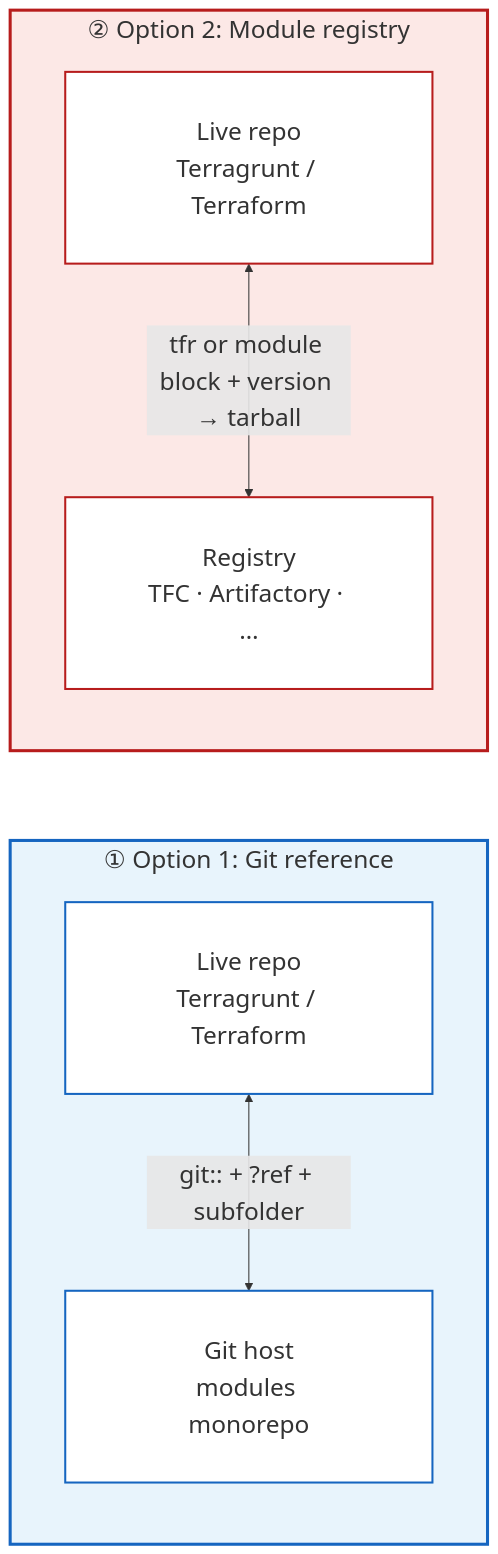
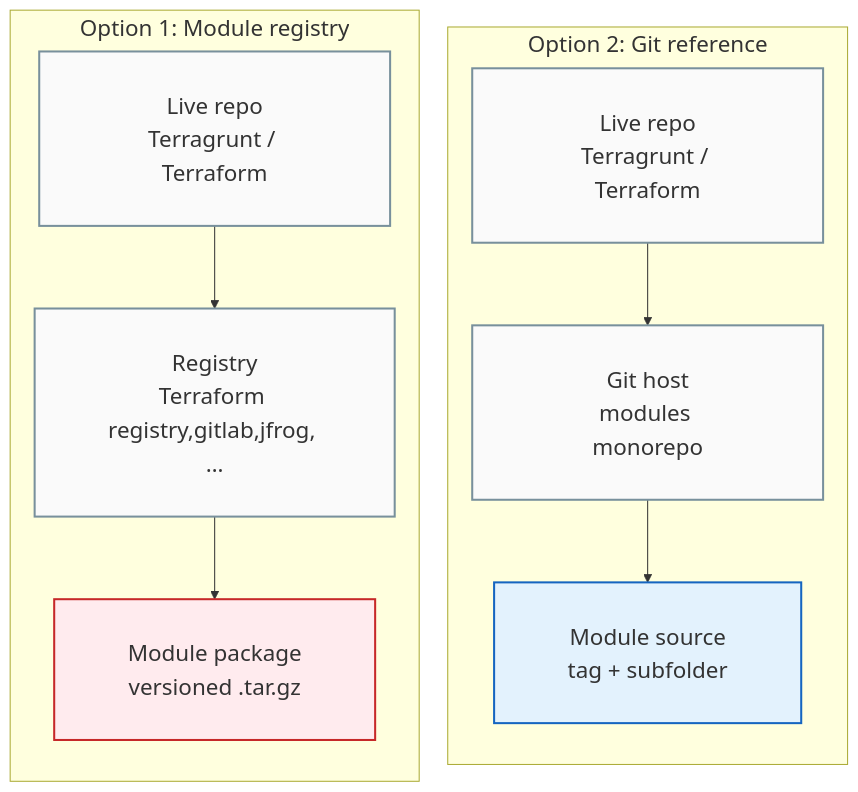
The diagram in content/posts/tech-logs/part-4-git-tags-vs-registry.md (salsiy/bohobot), drawn with Mermaid before and after one commit. The commit also changed other lines of this file, not shown here.

Commit message:
docs: refine part 4 mermaid diagram

```diff
--- a/content/posts/tech-logs/part-4-git-tags-vs-registry.md
+++ b/content/posts/tech-logs/part-4-git-tags-vs-registry.md
@@ -24,25 +25,31 @@
 {{< mermaid >}}
-%%{init: {"themeVariables": {"fontSize": "24px", "fontFamily": "system-ui, Segoe UI, sans-serif", "primaryTextColor": "#111", "primaryBorderColor": "#444"}, "flowchart": {"nodeSpacing": 88, "rankSpacing": 96, "padding": 40, "curve": "basis", "htmlLabels": true}}}%%
-%% Option 1 left, Option 2 right (LR; ltr shortcode avoids RTL mirror)
-flowchart LR
-    subgraph Opt1 ["① Option 1: Git reference"]
+%%{init: {"themeVariables": {"fontSize": "22px", "fontFamily": "system-ui, Segoe UI, sans-serif", "primaryTextColor": "#111"}, "flowchart": {"nodeSpacing": 28, "rankSpacing": 56, "padding": 36, "curve": "basis", "htmlLabels": true}}}%%
+flowchart TB
+    subgraph Opt1 [Option 2: Git reference]
         direction TB
-        L1["Live repo<br/>Terragrunt / Terraform"]
-        VCS["Git host<br/>modules monorepo"]
-        L1 <-->|"git:: + ?ref + subfolder"| VCS
+        gA["Live repo<br/>Terragrunt / Terraform"]
+        gB["Git host<br/>modules monorepo"]
+        gC["Module source<br/>tag + subfolder"]
+        gA --> gB
+        gB --> gC
     end
 
-    subgraph Opt2 ["② Option 2: Module registry"]
+    subgraph Opt2 [Option 1: Module registry]
         direction TB
-        L2["Live repo<br/>Terragrunt / Terraform"]
-        REG["Registry<br/>TFC · Artifactory · …"]
-        L2 <-->|"tfr or module block + version → tarball"| REG
+        rA["Live repo<br/>Terragrunt / Terraform"]
+        rB["Registry<br/>Terraform registry,gitlab,jfrog, …"]
+        rC["Module package<br/>versioned .tar.gz"]
+        rA --> rB
+        rB --> rC
     end
 
-    style Opt1 fill:#e8f4fc,stroke:#1565c0,stroke-width:3px
-    style Opt2 fill:#fce8e6,stroke:#b71c1c,stroke-width:3px
-    style L1 fill:#fff,stroke:#1565c0,stroke-width:2px
-    style VCS fill:#fff,stroke:#1565c0,stroke-width:2px
-    style L2 fill:#fff,stroke:#b71c1c,stroke-width:2px
-    style REG fill:#fff,stroke:#b71c1c,stroke-width:2px
+    classDef mid fill:#fafafa,stroke:#78909c,stroke-width:2px
+    classDef gitLast fill:#e3f2fd,stroke:#1565c0,stroke-width:2px
+    classDef regLast fill:#ffebee,stroke:#c62828,stroke-width:2px
+
+    class gA,gB,rA,rB mid
+    class gC gitLast
+    class rC regLast
+    class Opt1 fill:#f5f9ff,stroke:#1565c0,stroke-width:3px
+    class Opt2 fill:#fff8f7,stroke:#c62828,stroke-width:3px
 {{< /mermaid >}}
```
